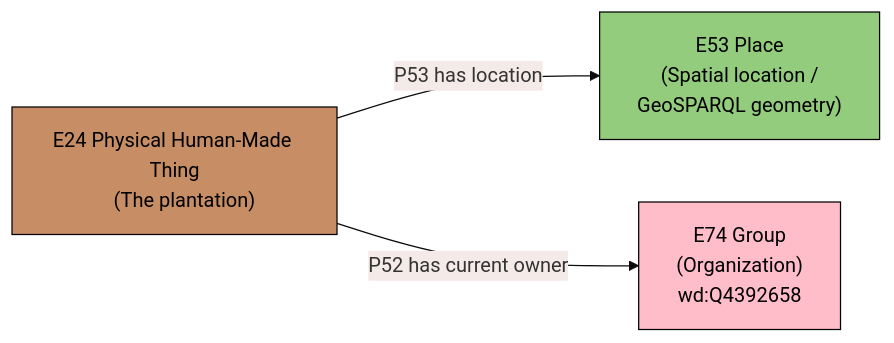
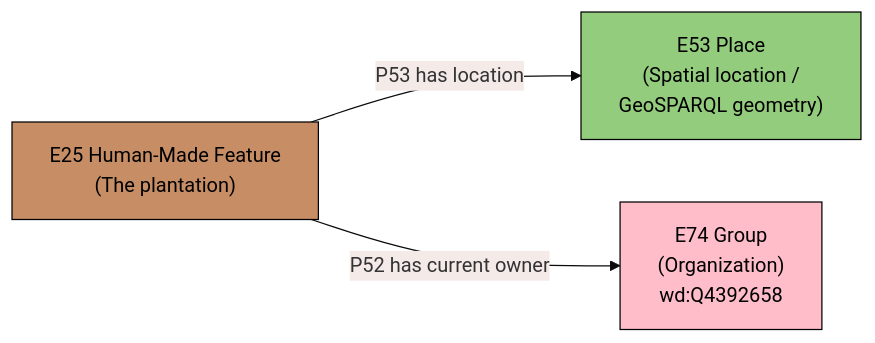
One commit to jonaschlegel/suriname-database-model changed the seventh of 8 diagrams in docs/models/source-pattern-explained.mdx. Above: the diagram before and after it, drawn with Mermaid. The commit also changed other lines of this file and 41 other files, not shown here.

````diff
--- a/docs/models/source-pattern-explained.mdx
+++ b/docs/models/source-pattern-explained.mdx
@@ -343,23 +343,23 @@
 ```mermaid
 %%{init: {'theme': 'base', 'themeVariables': { 'primaryColor': '#e8f4ea'}}}%%
 flowchart LR
-    E24["E24 Physical Human-Made Thing
+    E25["E25 Human-Made Feature
     (The plantation)"]
     E53["E53 Place
     (Spatial location /
     GeoSPARQL geometry)"]
     E74_ORG["E74 Group
     (Organization)
     wd:Q4392658"]
 
-    E24 -->|"P53 has location"| E53
-    E24 -->|"P52 has current owner"| E74_ORG
+    E25 -->|"P53 has location"| E53
+    E25 -->|"P52 has current owner"| E74_ORG
 
     classDef crm_E18_Physical_Thing fill:#c78e66,stroke:#000000,color:#000000
     classDef crm_E53_Place fill:#94cc7d,stroke:#000000,color:#000000
     classDef crm_E39_Actor fill:#ffbdca,stroke:#000000,color:#000000
 
-    class E24 crm_E18_Physical_Thing
+    class E25 crm_E18_Physical_Thing
     class E53 crm_E53_Place
     class E74_ORG crm_E39_Actor
 ```
````
